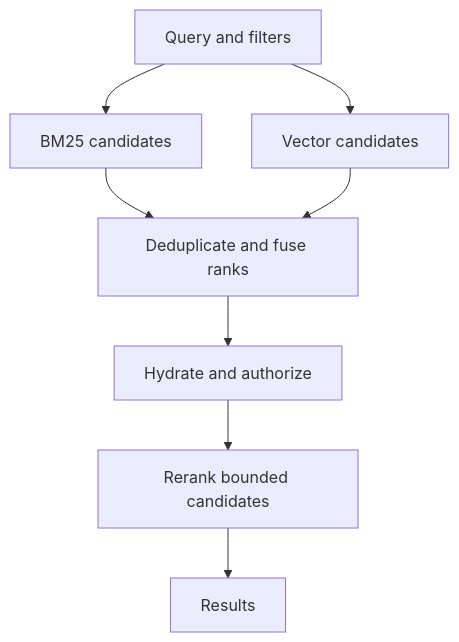
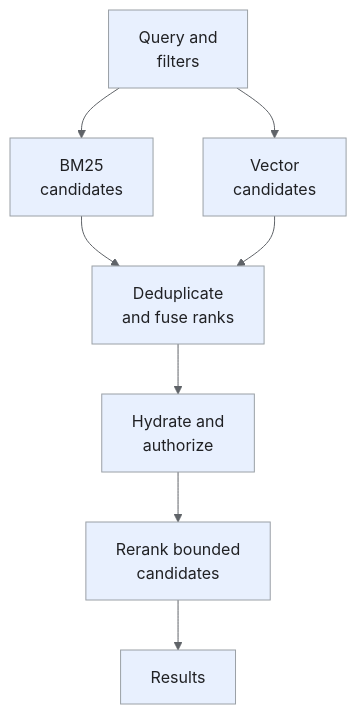
One commit to iliazlobin/iliazlobin.github.io changed the fourth of 4 diagrams in _designs/system-design-post-search.md. Above: the diagram before and after it, drawn with Mermaid. The commit also changed other lines of this file and 131 other files, not shown here.

````diff
--- a/_designs/system-design-post-search.md
+++ b/_designs/system-design-post-search.md
@@ -195,10 +275,15 @@
 ```mermaid
+%%{init: {"theme":"base","themeVariables":{"primaryColor":"#e8f0fe","primaryBorderColor":"#9aa0a6","primaryTextColor":"#202124","secondaryColor":"#e6f4ea","tertiaryColor":"#fef7e0","lineColor":"#5f6368","actorBkg":"#e8f0fe","actorBorder":"#9aa0a6","actorTextColor":"#202124","noteBkgColor":"#fef7e0","noteBorderColor":"#9aa0a6","noteTextColor":"#202124","signalColor":"#5f6368","signalTextColor":"#202124"}}}%%
 flowchart TB
-  Q["Query and filters"] --> L["BM25 candidates"]
-  Q --> V["Vector candidates"]
-  L --> F["Deduplicate and fuse ranks"]
+  Q["Query and<br>filters"] --> L["BM25<br>candidates"]
+  Q --> V["Vector<br>candidates"]
+  L --> F["Deduplicate<br>and fuse ranks"]
   V --> F
-  F --> A["Hydrate and authorize"]
-  A --> R["Rerank bounded candidates"]
+  F --> A["Hydrate and<br>authorize"]
+  A --> R["Rerank bounded<br>candidates"]
   R --> O["Results"]
+  classDef request fill:#e8f0fe,stroke:#9aa0a6,color:#202124,stroke-width:1px
+  classDef background fill:#e6f4ea,stroke:#9aa0a6,color:#202124,stroke-width:1px
+  classDef control fill:#fef7e0,stroke:#9aa0a6,color:#202124,stroke-width:1px
+  class Q,L,V,F,A,R,O request
 ```
````
